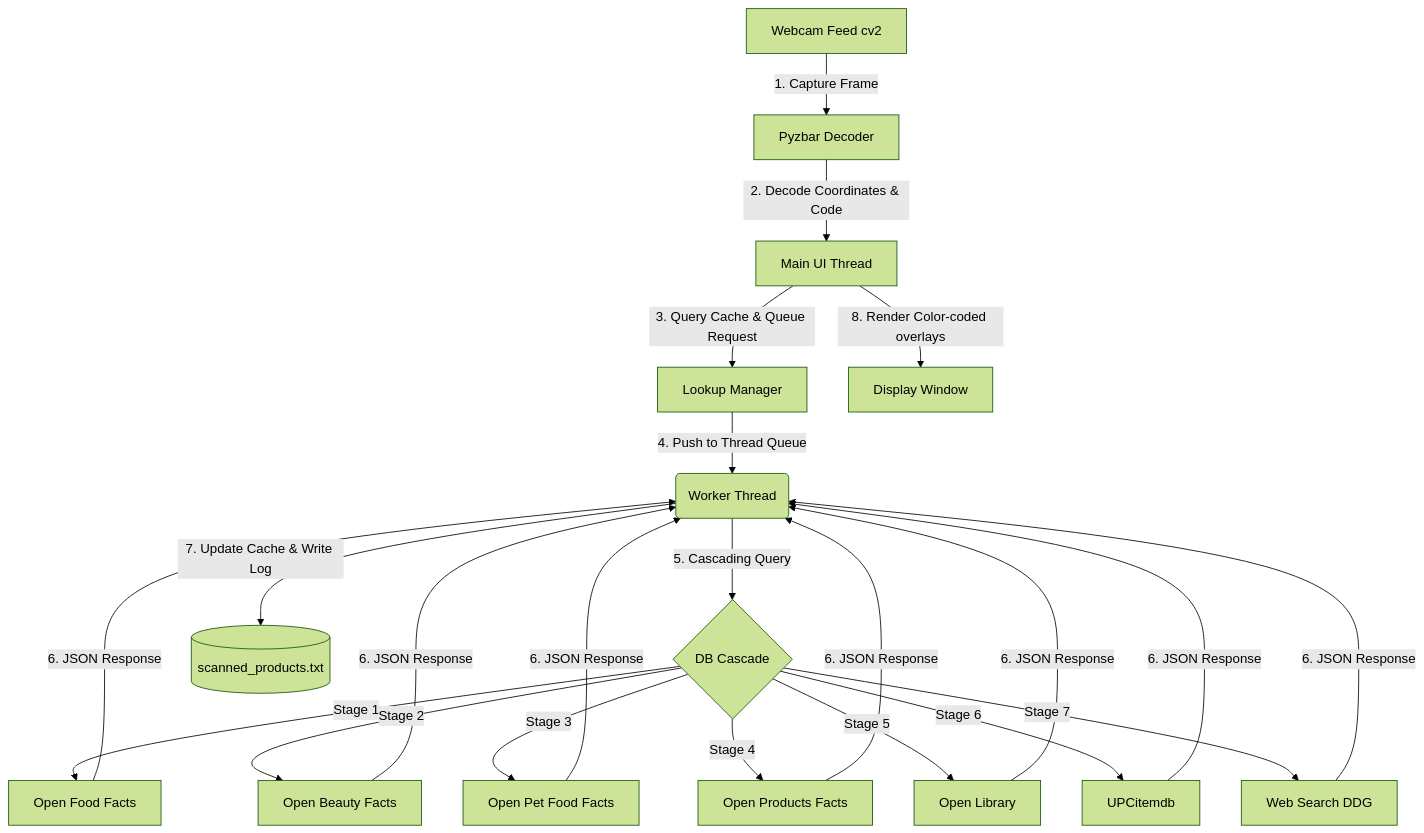
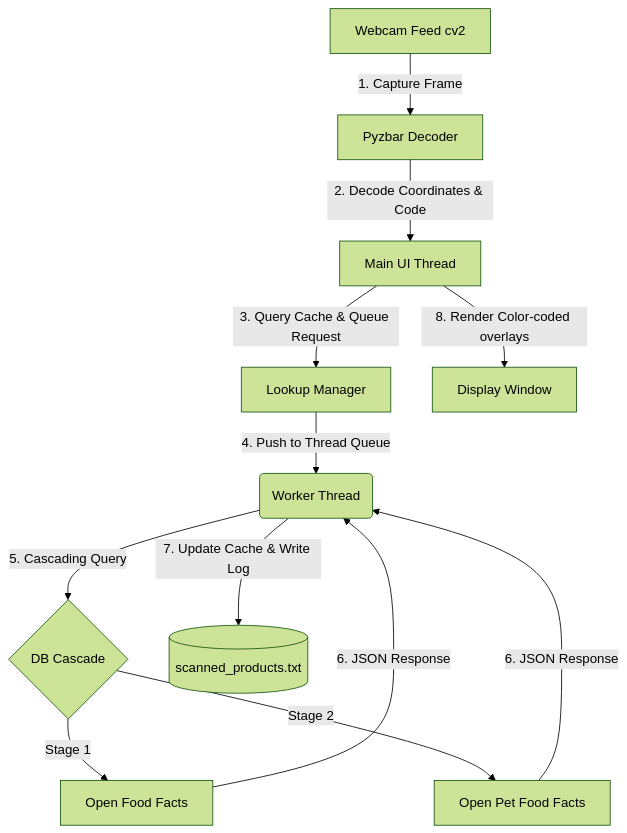
One commit to ANISHYADAV19/Barcode-Scanner-Food-Tracker changed the diagram in README.md. Above: the diagram before and after it, drawn with Mermaid (forest theme). The commit also changed other lines of this file and 4 other files, not shown here.

Commit message:
Refactor barcode lookup process: streamline API calls to focus on Open Food Facts and Open Pet Food Facts, removing unnecessary stages for improved efficiency and clarity in product resolution.

````diff
--- a/README.md
+++ b/README.md
@@ -32,18 +27,13 @@
 ```mermaid
 graph TD
     A[Webcam Feed cv2] -->|1. Capture Frame| B[Pyzbar Decoder]
     B -->|2. Decode Coordinates & Code| C[Main UI Thread]
     C -->|3. Query Cache & Queue Request| D[Lookup Manager]
     D -->|4. Push to Thread Queue| E(Worker Thread)
     E -->|5. Cascading Query| F{DB Cascade}
     F -->|Stage 1| G[Open Food Facts]
-    F -->|Stage 2| H[Open Beauty Facts]
-    F -->|Stage 3| I[Open Pet Food Facts]
-    F -->|Stage 4| J[Open Products Facts]
-    F -->|Stage 5| K[Open Library]
-    F -->|Stage 6| L[UPCitemdb]
-    F -->|Stage 7| M[Web Search DDG]
-    G & H & I & J & K & L & M -->|6. JSON Response| E
+    F -->|Stage 2| H[Open Pet Food Facts]
+    G & H -->|6. JSON Response| E
     E -->|7. Update Cache & Write Log| N[(scanned_products.txt)]
     C -->|8. Render Color-coded overlays| O[Display Window]
 ```
````
